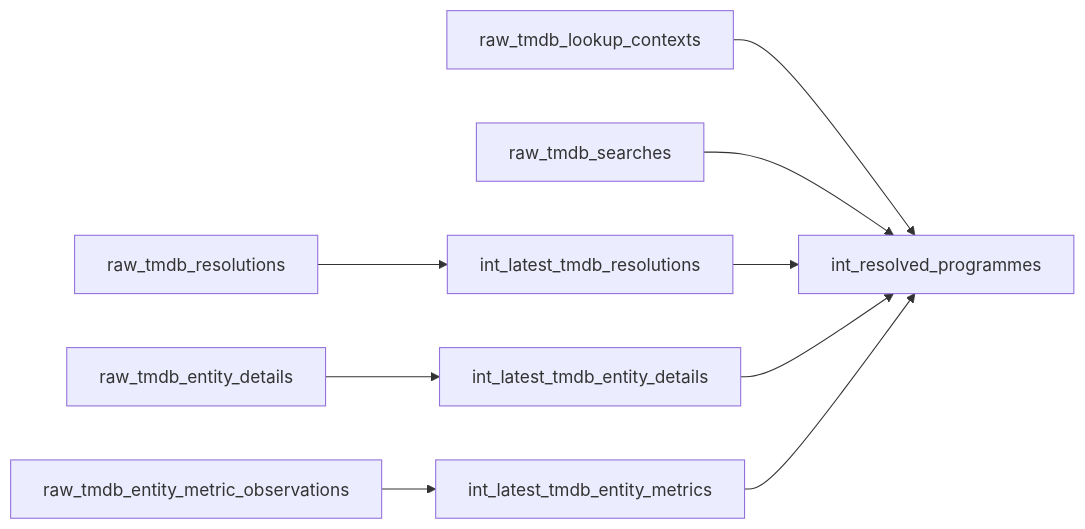
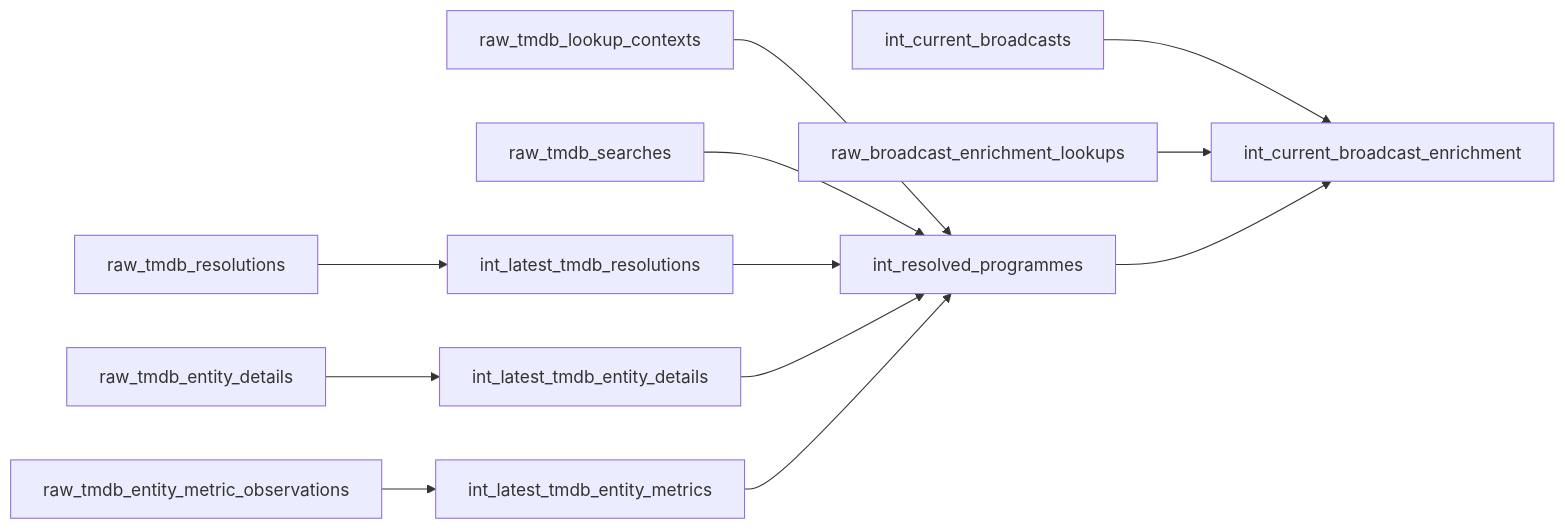
The sixth of 7 diagrams in docs/data-model.md (apantaz/greek-tv-highlights-radar), drawn with Mermaid before and after one commit. The commit also changed other lines of this file and 20 other files, not shown here.

Commit message:
feat: add broadcast enrichment lineage

````diff
--- a/docs/data-model.md
+++ b/docs/data-model.md
@@ -226,11 +236,14 @@
 ```mermaid
 flowchart LR
     raw_contexts[raw_tmdb_lookup_contexts] --> resolved[int_resolved_programmes]
     raw_searches[raw_tmdb_searches] --> resolved
     raw_resolutions[raw_tmdb_resolutions] --> latest_resolutions[int_latest_tmdb_resolutions]
     latest_resolutions --> resolved
     raw_details[raw_tmdb_entity_details] --> latest_details[int_latest_tmdb_entity_details]
     latest_details --> resolved
     raw_metrics[raw_tmdb_entity_metric_observations] --> latest_metrics[int_latest_tmdb_entity_metrics]
     latest_metrics --> resolved
+    current[int_current_broadcasts] --> broadcast_enrichment[int_current_broadcast_enrichment]
+    raw_links[raw_broadcast_enrichment_lookups] --> broadcast_enrichment
+    resolved --> broadcast_enrichment
 ```
````
